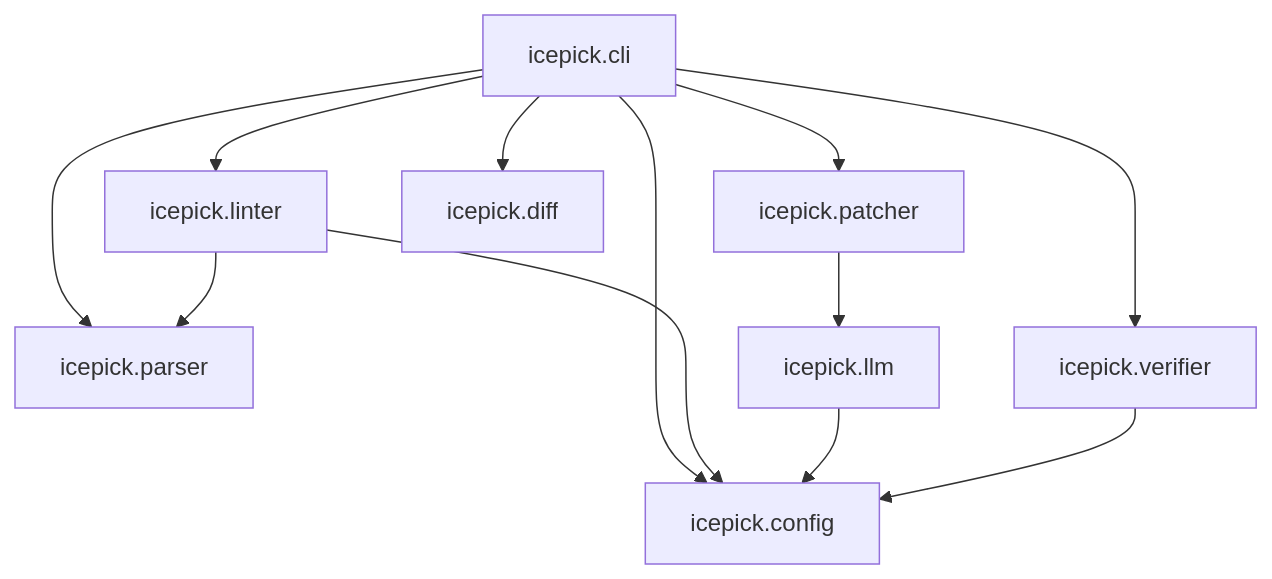
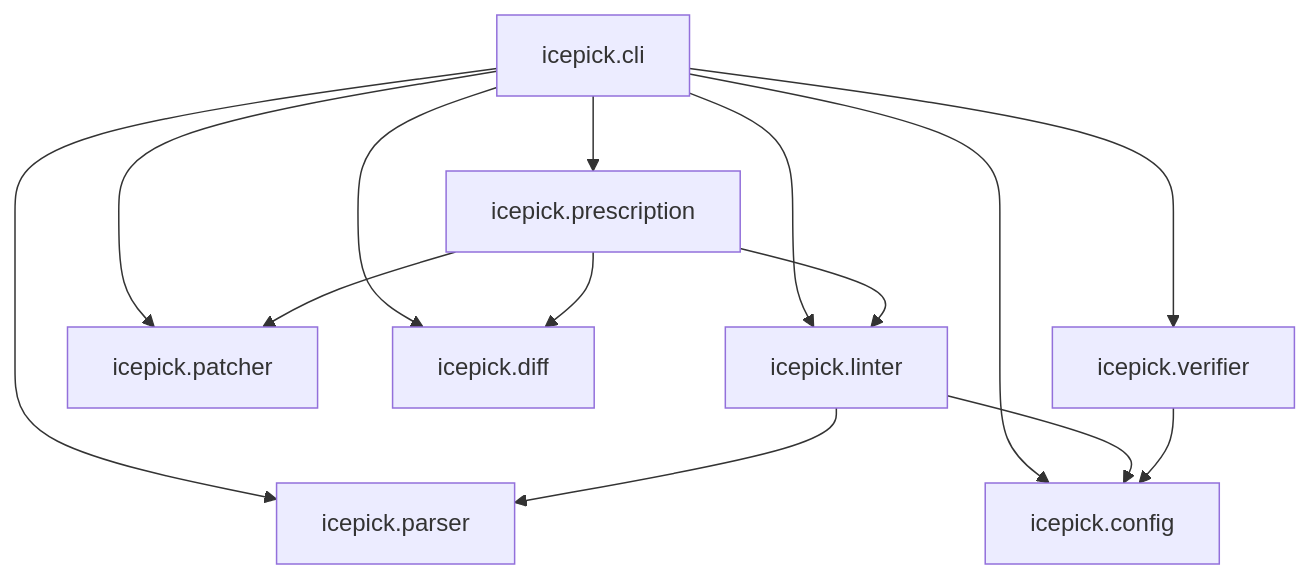
Before and after one commit to snaga/icepick: the diagram in src/icepick/README.md, drawn with Mermaid. The commit also changed other lines of this file and 37 other files, not shown here.

````diff
--- a/src/icepick/README.md
+++ b/src/icepick/README.md
@@ -18,15 +18,17 @@
 ```mermaid
 graph TD
     CLI["icepick.cli"] --> Config["icepick.config"]
     CLI --> Parser["icepick.parser"]
     CLI --> Linter["icepick.linter"]
+    CLI --> Prescription["icepick.prescription"]
     CLI --> Patcher["icepick.patcher"]
     CLI --> Diff["icepick.diff"]
     CLI --> Verifier["icepick.verifier"]
     
     Linter --> Config
     Linter --> Parser
-    Patcher --> LLM["icepick.llm"]
-    LLM --> Config
+    Prescription --> Linter
+    Prescription --> Patcher
+    Prescription --> Diff
     Verifier --> Config
 ```
````
